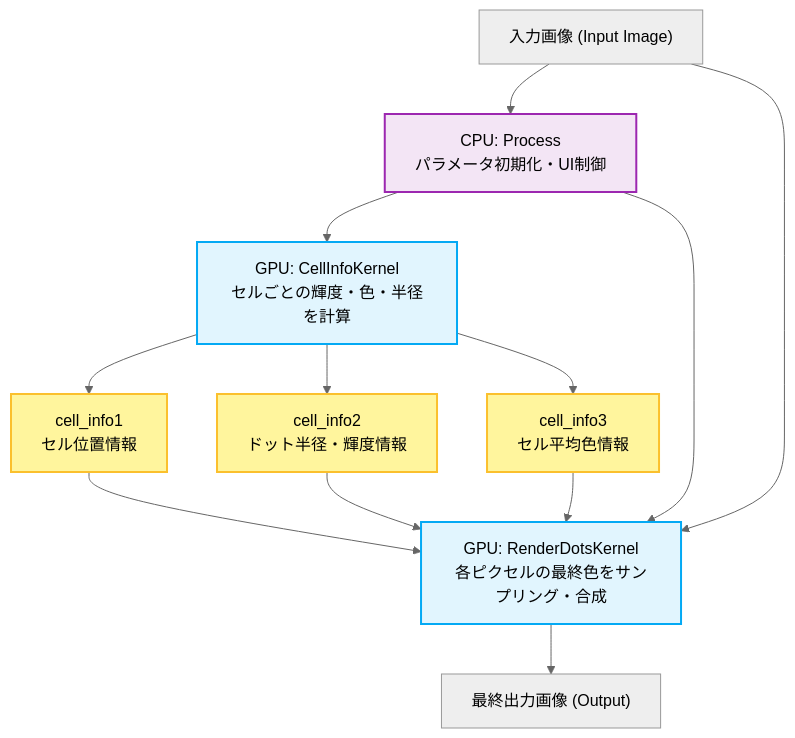
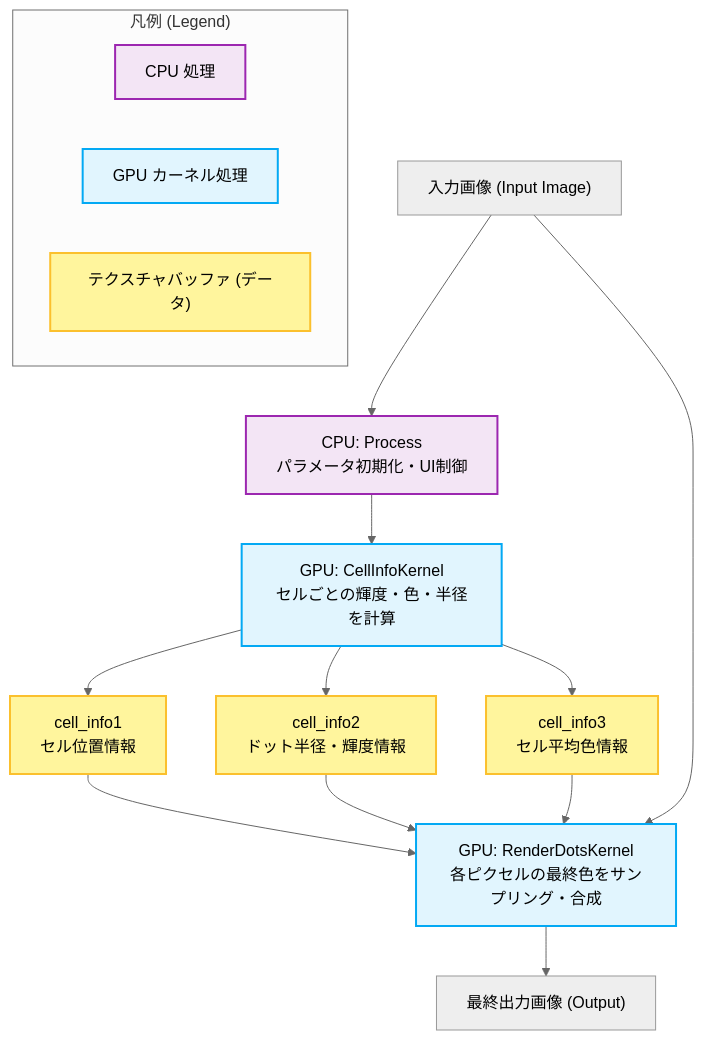
Before and after one commit to mug-lab-3/DaVinciResolveEffects: the diagram in fuses/MugSimpleHalftone.md, drawn with Mermaid (neutral theme).

Commit message:
docs: Update documentation for MugSimpleHalftone.

````diff
--- a/fuses/MugSimpleHalftone.md
+++ b/fuses/MugSimpleHalftone.md
@@ -25,24 +25,30 @@
 ```mermaid
 graph TD
     A["入力画像 (Input Image)"] --> CPU["CPU: Process<br/>パラメータ初期化・UI制御"]
     CPU --> C_K["GPU: CellInfoKernel<br/>セルごとの輝度・色・半径を計算"]
     
     C_K --> B1["cell_info1<br/>セル位置情報"]
     C_K --> B2["cell_info2<br/>ドット半径・輝度情報"]
     C_K --> B3["cell_info3<br/>セル平均色情報"]
     
     B1 --> R_K["GPU: RenderDotsKernel<br/>各ピクセルの最終色をサンプリング・合成"]
     B2 --> R_K
     B3 --> R_K
     A --> R_K
-    CPU --> R_K
-    
     R_K --> Z["最終出力画像 (Output)"]
 
-    style CPU fill:#f3e5f5,stroke:#9c27b0,stroke-width:2px,color:#000000
-    style C_K fill:#e1f5fe,stroke:#03a9f4,stroke-width:2px,color:#000000
-    style R_K fill:#e1f5fe,stroke:#03a9f4,stroke-width:2px,color:#000000
-    style B1 fill:#fff59d,stroke:#fbc02d,stroke-width:2px,color:#000000
-    style B2 fill:#fff59d,stroke:#fbc02d,stroke-width:2px,color:#000000
-    style B3 fill:#fff59d,stroke:#fbc02d,stroke-width:2px,color:#000000
+    subgraph Legend ["凡例 (Legend)"]
+        direction LR
+        L1["CPU 処理"]:::cpuStyle
+        L2["GPU カーネル処理"]:::gpuStyle
+        L3["テクスチャバッファ (データ)"]:::bufStyle
+    end
+
+    classDef cpuStyle fill:#f3e5f5,stroke:#9c27b0,stroke-width:2px,color:#000000
+    classDef gpuStyle fill:#e1f5fe,stroke:#03a9f4,stroke-width:2px,color:#000000
+    classDef bufStyle fill:#fff59d,stroke:#fbc02d,stroke-width:2px,color:#000000
+
+    class CPU cpuStyle
+    class C_K,R_K gpuStyle
+    class B1,B2,B3 bufStyle
 ```
````
